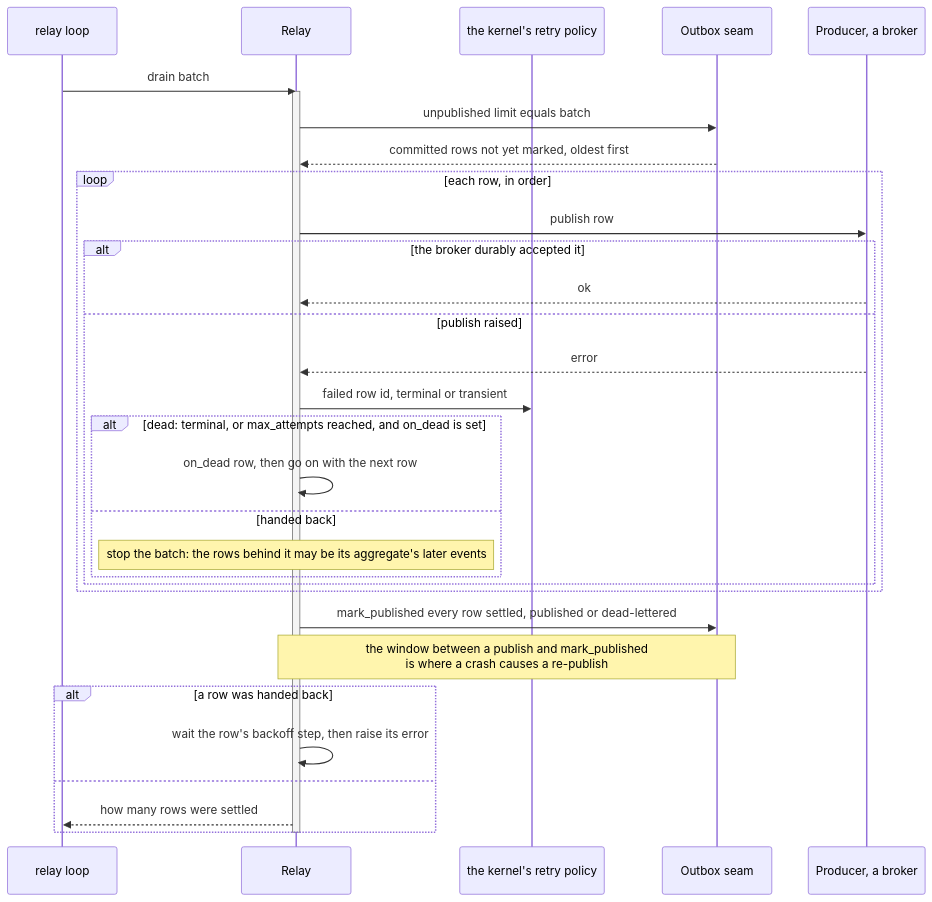
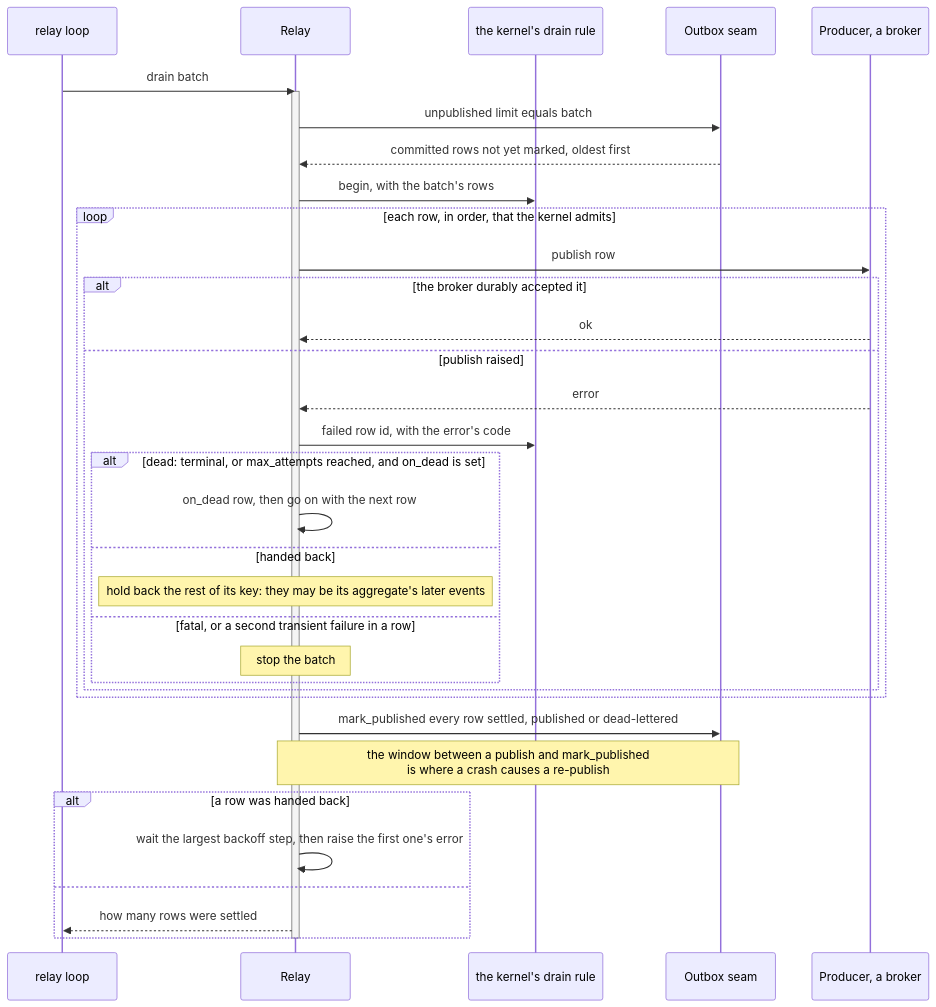
The fourth of 5 diagrams in docs/sdk/outbox.md (haskian/edax), drawn with Mermaid before and after one commit. The commit also changed other lines of this file and 288 other files, not shown here.

````diff
--- a/docs/sdk/outbox.md
+++ b/docs/sdk/outbox.md
@@ -148,35 +152,38 @@
 ```mermaid
 sequenceDiagram
     participant L as relay loop
     participant R as Relay
-    participant K as the kernel's retry policy
+    participant K as the kernel's drain rule
     participant S as Outbox seam
     participant P as Producer, a broker
 
     L->>R: drain batch
     activate R
     R->>S: unpublished limit equals batch
     S-->>R: committed rows not yet marked, oldest first
-    loop each row, in order
+    R->>K: begin, with the batch's rows
+    loop each row, in order, that the kernel admits
         R->>P: publish row
         alt the broker durably accepted it
             P-->>R: ok
         else publish raised
             P-->>R: error
-            R->>K: failed row id, terminal or transient
+            R->>K: failed row id, with the error's code
             alt dead: terminal, or max_attempts reached, and on_dead is set
                 R->>R: on_dead row, then go on with the next row
             else handed back
-                Note over R: stop the batch: the rows behind it may be its aggregate's later events
+                Note over R: hold back the rest of its key: they may be its aggregate's later events
+            else fatal, or a second transient failure in a row
+                Note over R: stop the batch
             end
         end
     end
     R->>S: mark_published every row settled, published or dead-lettered
     Note over R,S: the window between a publish and mark_published<br/>is where a crash causes a re-publish
     alt a row was handed back
-        R->>R: wait the row's backoff step, then raise its error
+        R->>R: wait the largest backoff step, then raise the first one's error
     else
         R-->>L: how many rows were settled
     end
     deactivate R
 ```
````
